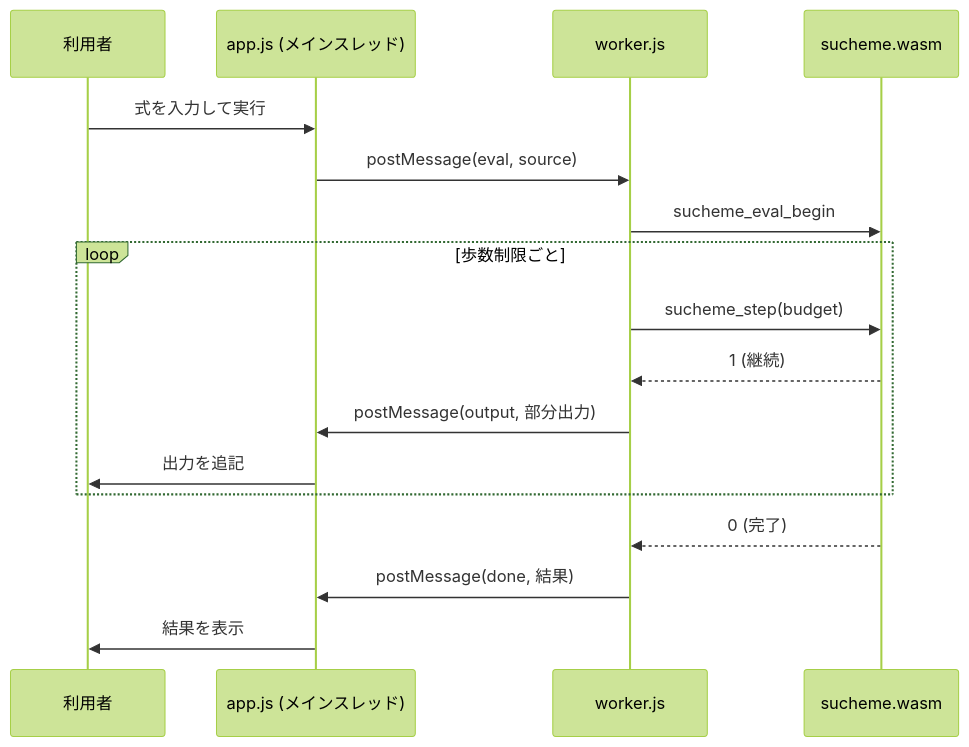
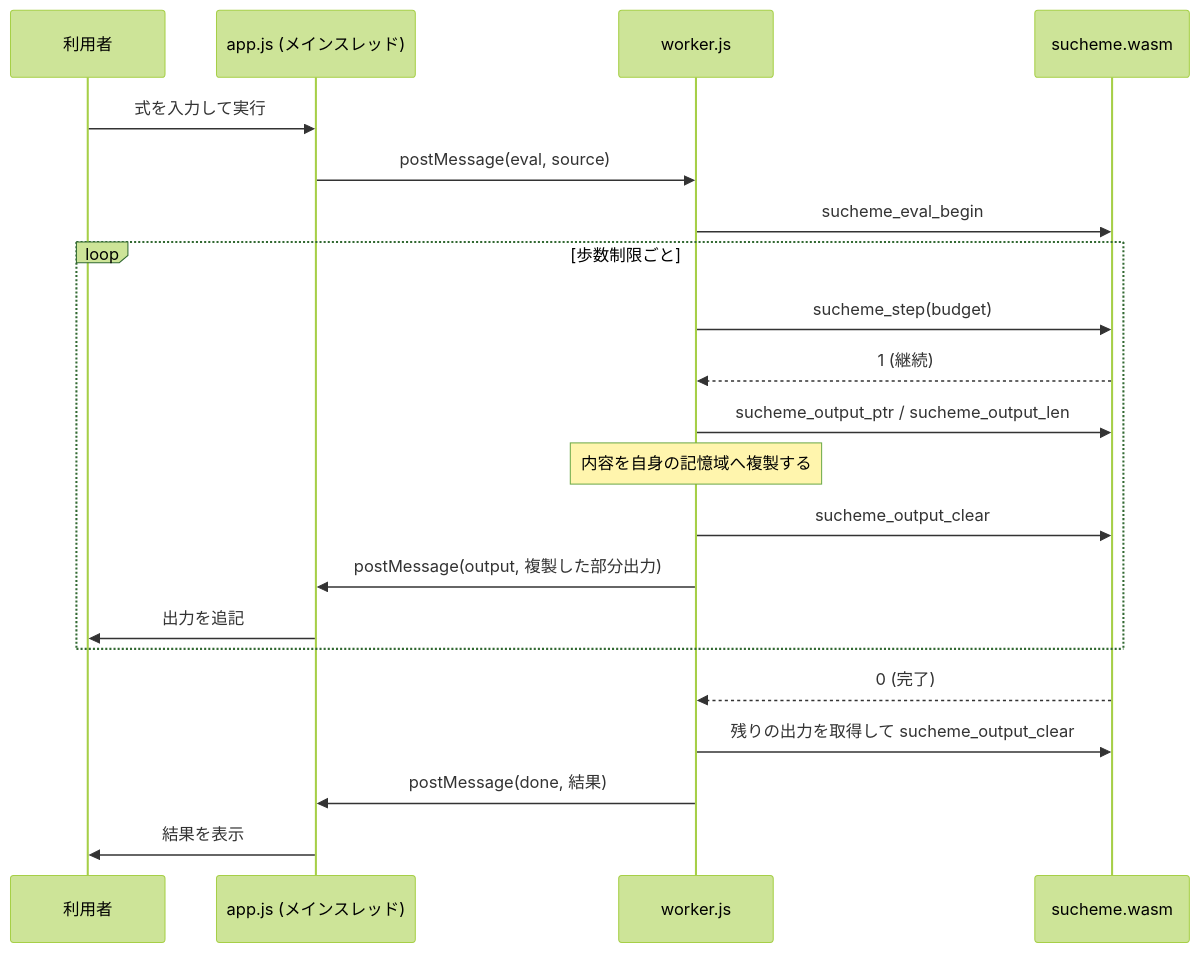
One commit to suchi/sucheme-zig changed the diagram in docs/design/platform-and-web.md. Above: the diagram before and after it, drawn with Mermaid (forest theme). The commit also changed other lines of this file and 17 other files, not shown here.

````diff
--- a/docs/design/platform-and-web.md
+++ b/docs/design/platform-and-web.md
@@ -163,20 +187,24 @@
 ```mermaid
 sequenceDiagram
     participant U as 利用者
     participant A as app.js (メインスレッド)
     participant W as worker.js
     participant M as sucheme.wasm
 
     U->>A: 式を入力して実行
     A->>W: postMessage(eval, source)
     W->>M: sucheme_eval_begin
     loop 歩数制限ごと
         W->>M: sucheme_step(budget)
         M-->>W: 1 (継続)
-        W->>A: postMessage(output, 部分出力)
+        W->>M: sucheme_output_ptr / sucheme_output_len
+        Note over W: 内容を自身の記憶域へ複製する
+        W->>M: sucheme_output_clear
+        W->>A: postMessage(output, 複製した部分出力)
         A->>U: 出力を追記
     end
     M-->>W: 0 (完了)
+    W->>M: 残りの出力を取得して sucheme_output_clear
     W->>A: postMessage(done, 結果)
     A->>U: 結果を表示
 ```
````
